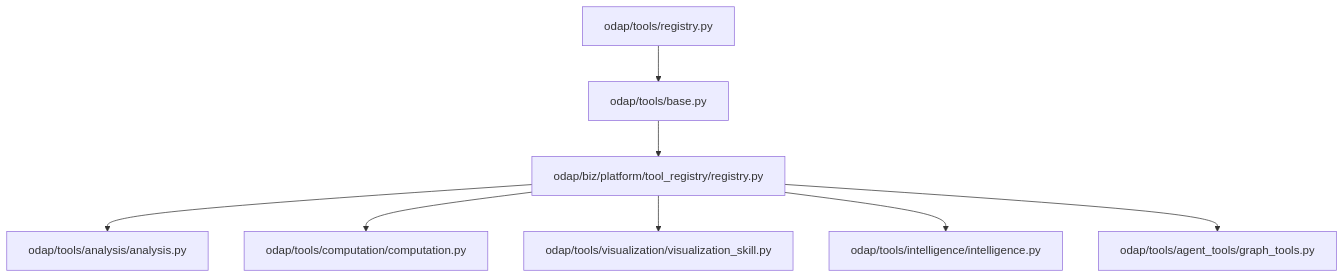
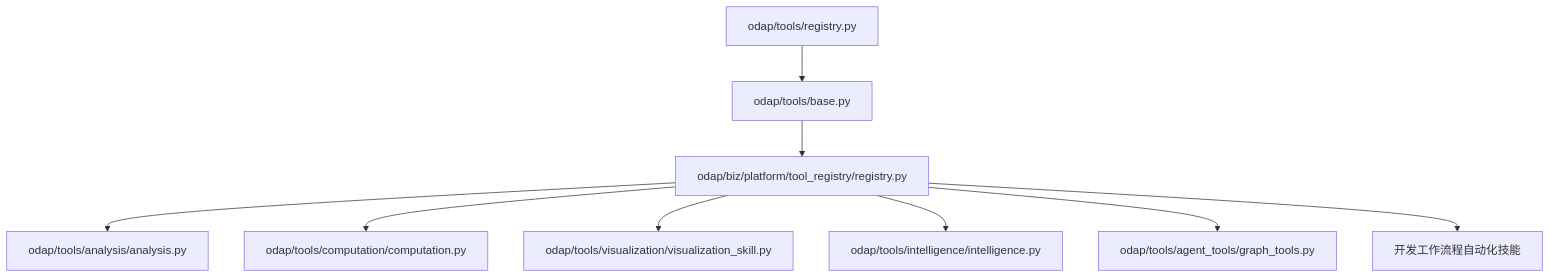
Before and after one commit to inier/ontology-graphiti: the eighth of 8 diagrams in .qoder/repowiki/zh/content/后端服务/工具技能系统/工具技能系统.md, drawn with Mermaid. The commit also changed other lines of this file and 875 other files, not shown here.

````diff
--- a/.qoder/repowiki/zh/content/后端服务/工具技能系统/工具技能系统.md
+++ b/.qoder/repowiki/zh/content/后端服务/工具技能系统/工具技能系统.md
@@ -400,18 +536,20 @@
 ```mermaid
 graph TB
 Base["odap/tools/base.py"]
 Reg["odap/tools/registry.py"]
 TR["odap/biz/platform/tool_registry/registry.py"]
 Ana["odap/tools/analysis/analysis.py"]
 Com["odap/tools/computation/computation.py"]
 Vis["odap/tools/visualization/visualization_skill.py"]
 Int["odap/tools/intelligence/intelligence.py"]
 Gra["odap/tools/agent_tools/graph_tools.py"]
+Dev["开发工作流程自动化技能"]
 Base --> TR
 Reg --> Base
 TR --> Ana
 TR --> Com
 TR --> Vis
 TR --> Int
 TR --> Gra
+TR --> Dev
 ```
````
